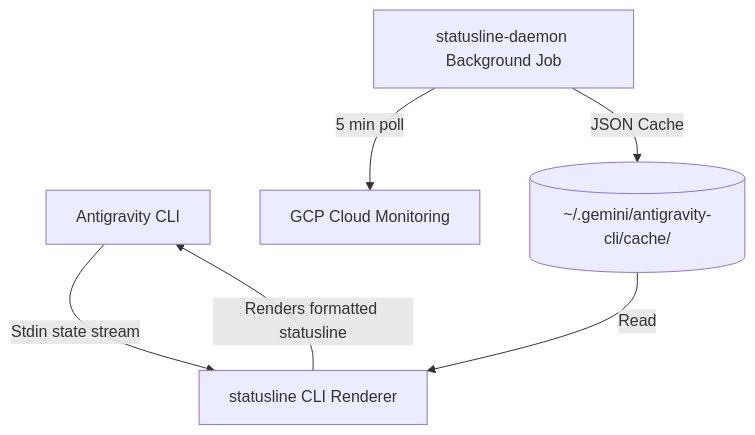
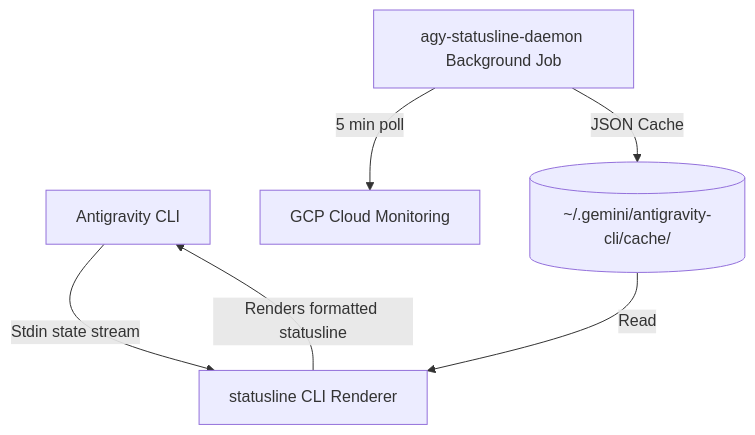
The diagram in docs/architecture.md (chrisrickenbacher/antigravity-statusline), drawn with Mermaid before and after one commit. The commit also changed other lines of this file and 10 other files, not shown here.

Commit message:
refactor: rename background daemon to agy-statusline-daemon and clean up legacy configurations

````diff
--- a/docs/architecture.md
+++ b/docs/architecture.md
@@ -5,9 +5,9 @@
 ```mermaid
 graph TD
     AG[Antigravity CLI] -->|Stdin state stream| SL[statusline CLI Renderer]
     SL -->|Renders formatted statusline| AG
     
-    Daemon[statusline-daemon Background Job] -->|5 min poll| GCP[GCP Cloud Monitoring]
+    Daemon[agy-statusline-daemon Background Job] -->|5 min poll| GCP[GCP Cloud Monitoring]
     Daemon -->|JSON Cache| CacheDir[(~/.gemini/antigravity-cli/cache/)]
     CacheDir -->|Read| SL
 ```
````
